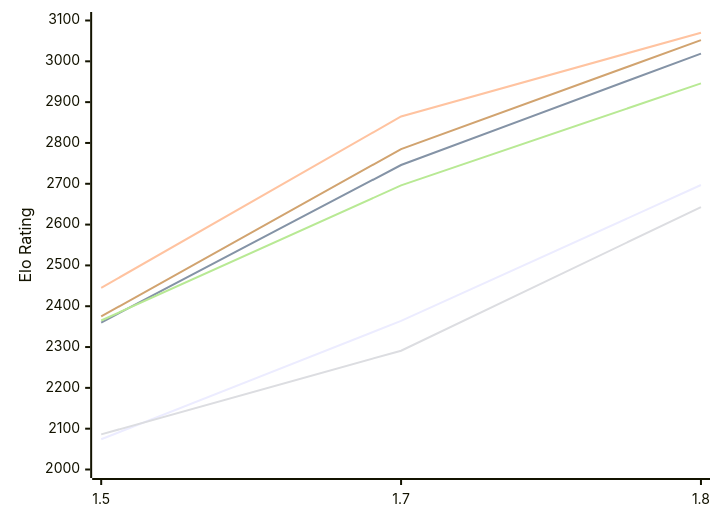
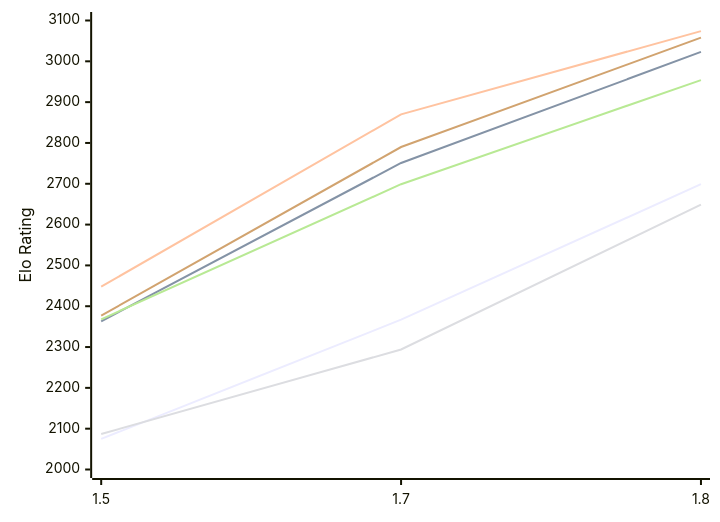
Before and after one commit to computer-chess-index/cci: the first of 2 diagrams in engines/Facon.md, drawn with Mermaid. The commit also changed other lines of this file, not shown here.

Commit message:
Update CCI Ratings (ELO VLTC) - 2026-11-20

````diff
--- a/engines/Facon.md
+++ b/engines/Facon.md
@@ -54,12 +54,12 @@
 ```mermaid
 %%{init: {"theme":"base","themeVariables":{"seriesColors:['#a3a3a3','#222221','#faa371']}}}%%
 xychart-beta
   x-axis ["1.5", "1.7", "1.8"]
   y-axis "Elo Rating" 2000 --> 3100
-  line "E1: STC (8.0+0.08s)" [2074, 2364, 2697]
-  line "E1: LTC (60.0+0.60s)" [2360, 2746, 3019]
-  line "E1: VLTC (2m24s+1.12s)" [2445, 2865, 3070]
-  line "P1: STC (8.0+0.08s)" [2086, 2291, 2643]
-  line "P1: LTC (60.0+0.60s)" [2365, 2696, 2946]
-  line "P1: VLTC (2m24s+1.12s)" [2375, 2785, 3052]
+  line "E1: STC (8.0+0.08s)" [2075, 2367, 2699]
+  line "E1: LTC (60.0+0.60s)" [2363, 2751, 3023]
+  line "E1: VLTC (2m24s+1.12s)" [2448, 2870, 3074]
+  line "P1: STC (8.0+0.08s)" [2087, 2294, 2649]
+  line "P1: LTC (60.0+0.60s)" [2368, 2699, 2954]
+  line "P1: VLTC (2m24s+1.12s)" [2377, 2790, 3058]
 ```
````
